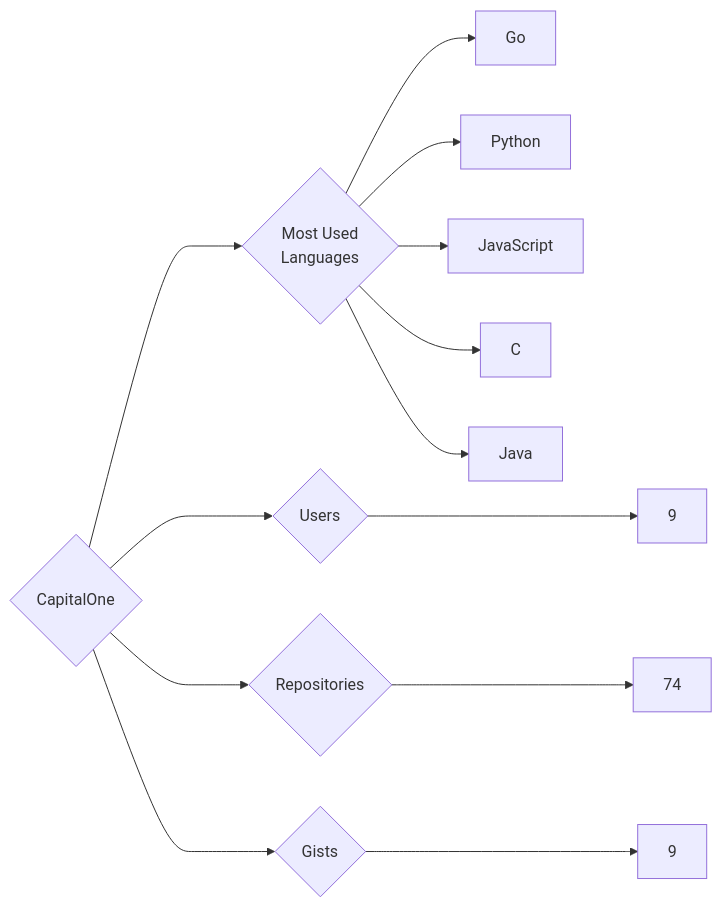
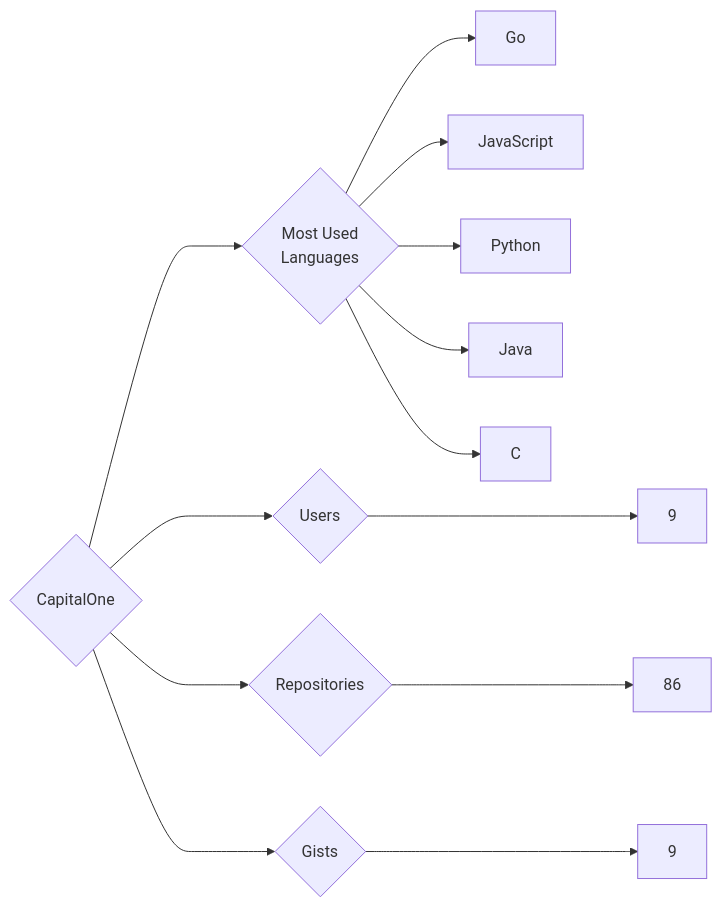
Before and after one commit to trickest/insiders: the diagram in targets/CapitalOne/README.md, drawn with Mermaid. The commit also changed 874 other files, not shown here.

````diff
--- a/targets/CapitalOne/README.md
+++ b/targets/CapitalOne/README.md
@@ -3,13 +3,13 @@
 ```mermaid
 graph LR
 COMPANY_NAME{CapitalOne}
 COMPANY_NAME ---> U{Users} ---> UN[9]
-COMPANY_NAME ---> R{Repositories} ---> RN[74]
+COMPANY_NAME ---> R{Repositories} ---> RN[86]
 COMPANY_NAME ---> G{Gists} ---> GN[9]
 COMPANY_NAME ---> ML{Most Used<br>Languages}
 ML --> Go[Go]
+ML --> JavaScript[JavaScript]
 ML --> Python[Python]
-ML --> JavaScript[JavaScript]
+ML --> Java[Java]
 ML --> C[C]
-ML --> Java[Java]
 ```
````
